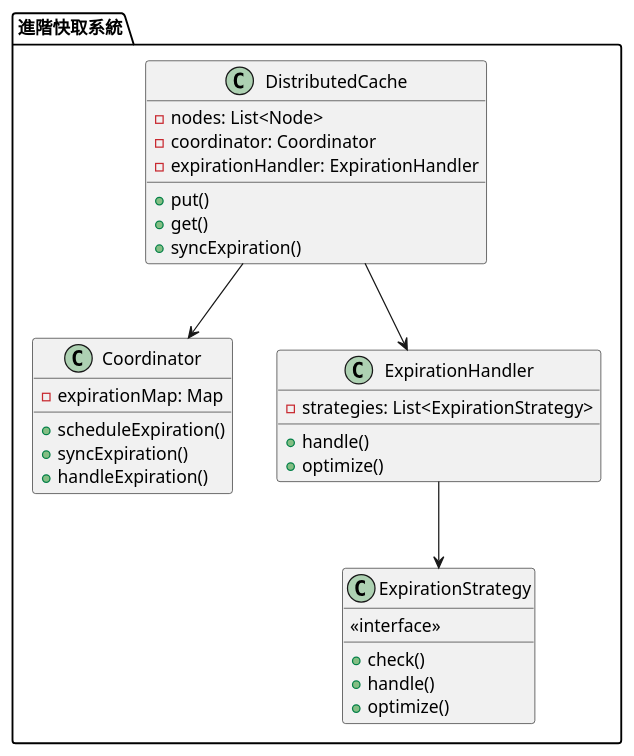
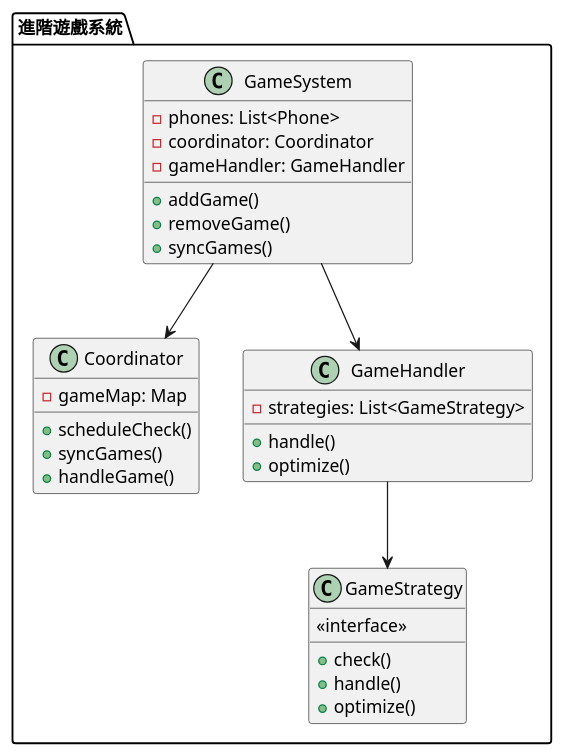
One commit to fine5351/info-sync changed the third of 3 diagrams in doc/learning/architecture/cache_expiration_tutorial.md. Above: the diagram before and after it, drawn with PlantUML. The commit also changed other lines of this file and 35 other files, not shown here.

````diff
--- a/doc/learning/architecture/cache_expiration_tutorial.md
+++ b/doc/learning/architecture/cache_expiration_tutorial.md
@@ -361,38 +286,38 @@
 ```plantuml
 @startuml
-package "進階快取系統" {
-    class DistributedCache {
-        - nodes: List<Node>
+package "進階遊戲系統" {
+    class GameSystem {
+        - phones: List<Phone>
         - coordinator: Coordinator
-        - expirationHandler: ExpirationHandler
-        + put()
-        + get()
-        + syncExpiration()
+        - gameHandler: GameHandler
+        + addGame()
+        + removeGame()
+        + syncGames()
     }
     
     class Coordinator {
-        - expirationMap: Map
-        + scheduleExpiration()
-        + syncExpiration()
-        + handleExpiration()
+        - gameMap: Map
+        + scheduleCheck()
+        + syncGames()
+        + handleGame()
     }
     
-    class ExpirationHandler {
-        - strategies: List<ExpirationStrategy>
+    class GameHandler {
+        - strategies: List<GameStrategy>
         + handle()
         + optimize()
     }
     
-    class ExpirationStrategy {
+    class GameStrategy {
         <<interface>>
         + check()
         + handle()
         + optimize()
     }
 }
 
-DistributedCache --> Coordinator
-DistributedCache --> ExpirationHandler
-ExpirationHandler --> ExpirationStrategy
+GameSystem --> Coordinator
+GameSystem --> GameHandler
+GameHandler --> GameStrategy
 @enduml
 ```
````
